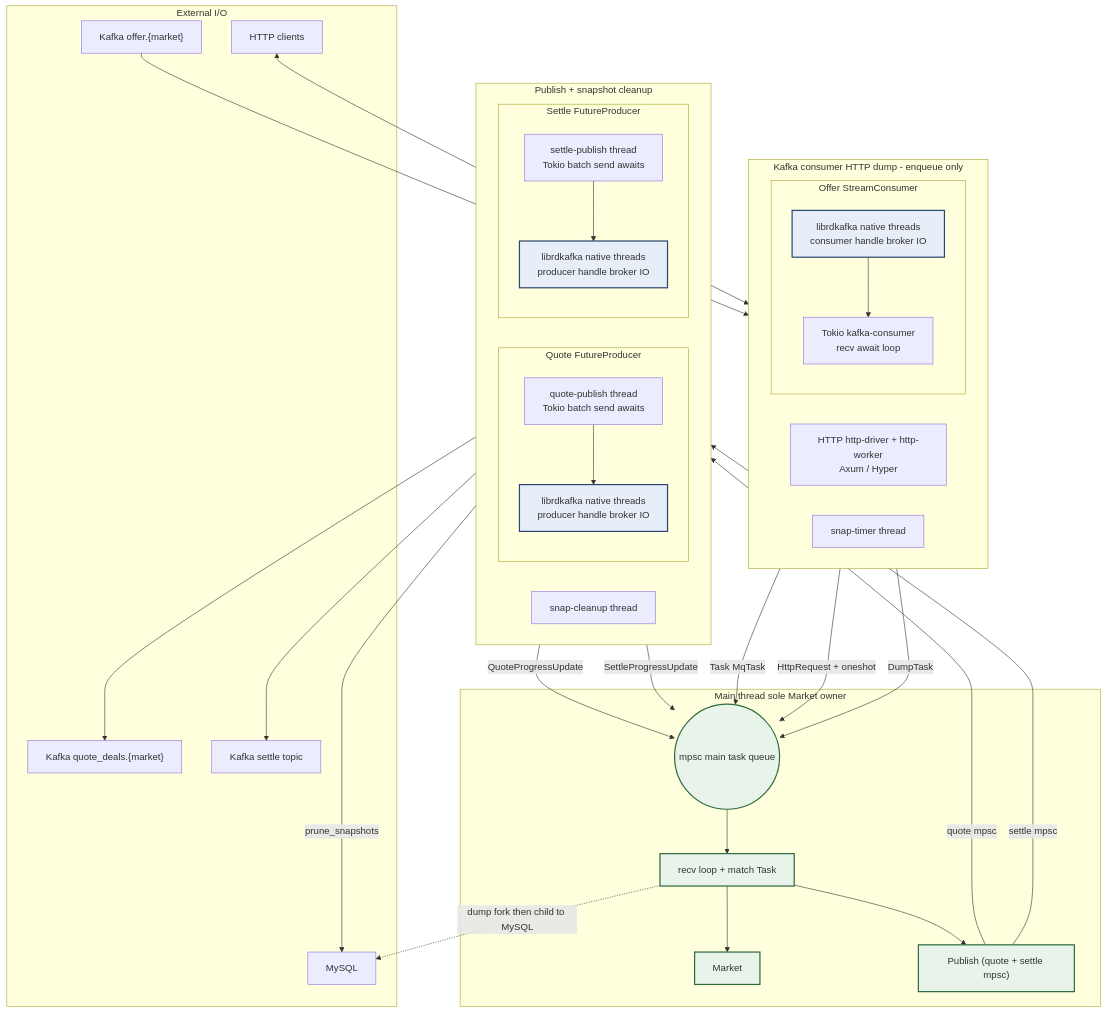
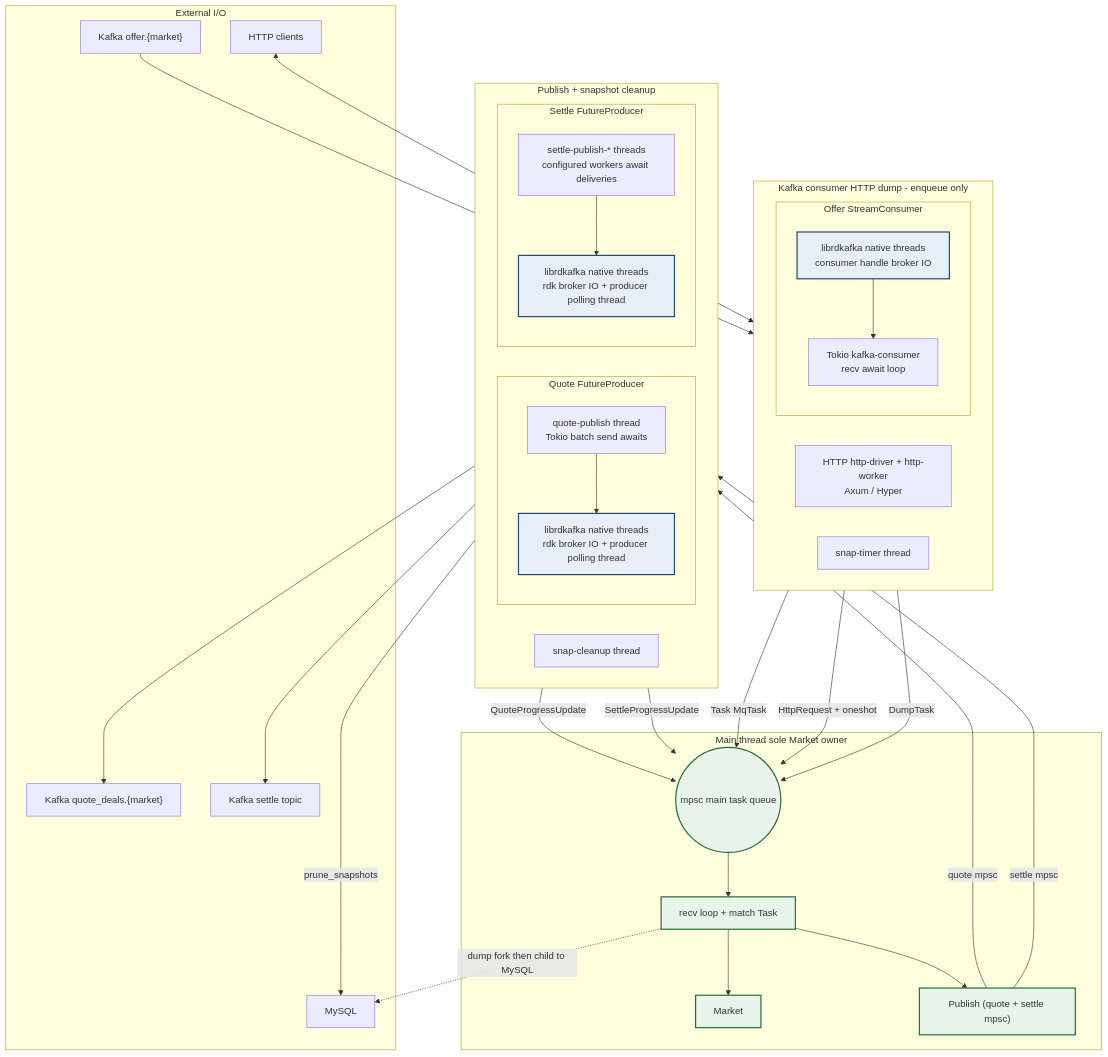
Before and after one commit to rqzrqh/matchengine_rust: the first of 3 diagrams in doc/thread-model.md, drawn with Mermaid. The commit also changed other lines of this file and 9 other files, not shown here.

Commit message:
optimize settle publish

````diff
--- a/doc/thread-model.md
+++ b/doc/thread-model.md
@@ -47,74 +46,74 @@
 ```mermaid
 flowchart TB
   subgraph ext["External I/O"]
     K_IN["Kafka offer.{market}"]
     K_Q["Kafka quote_deals.{market}"]
     K_S["Kafka settle topic"]
     HTTP_C["HTTP clients"]
     MY["MySQL"]
   end
 
   subgraph to_main_q["Kafka consumer HTTP dump - enqueue only"]
     direction LR
     subgraph offer_sc["Offer StreamConsumer"]
       direction TB
       RDK_OFF["librdkafka native threads<br/>consumer handle broker IO"]
       APP_OFF["Tokio kafka-consumer<br/>recv await loop"]
       RDK_OFF --> APP_OFF
     end
     HR["HTTP http-driver + http-worker<br/>Axum / Hyper"]
     DT["snap-timer thread"]
   end
 
   subgraph main_th["Main thread sole Market owner"]
     Q((mpsc main task queue))
     EL["recv loop + match Task"]
     MKT["Market"]
     PUB["Publish (quote + settle mpsc)"]
     EL --> MKT
     EL --> PUB
     Q --> EL
   end
 
   subgraph other_helpers["Publish + snapshot cleanup"]
     direction LR
     subgraph quote_pr["Quote FutureProducer"]
       direction TB
       APP_QP["quote-publish thread<br/>Tokio batch send awaits"]
-      RDK_QP["librdkafka native threads<br/>producer handle broker IO"]
+      RDK_QP["librdkafka native threads<br/>rdk broker IO + producer polling thread"]
       APP_QP --> RDK_QP
     end
     subgraph settle_pr["Settle FutureProducer"]
       direction TB
-      APP_SP["settle-publish thread<br/>Tokio batch send awaits"]
-      RDK_SP["librdkafka native threads<br/>producer handle broker IO"]
+      APP_SP["settle-publish-* threads<br/>configured workers await deliveries"]
+      RDK_SP["librdkafka native threads<br/>rdk broker IO + producer polling thread"]
       APP_SP --> RDK_SP
     end
     CL["snap-cleanup thread"]
   end
 
   K_IN --> RDK_OFF
   APP_OFF -->|Task MqTask| Q
   HTTP_C <--> HR
   HR -->|HttpRequest + oneshot| Q
   DT -->|DumpTask| Q
   CL -->|prune_snapshots| MY
 
   PUB -->|quote mpsc| APP_QP
   PUB -->|settle mpsc| APP_SP
   RDK_QP --> K_Q
   RDK_SP --> K_S
   APP_QP -->|QuoteProgressUpdate| Q
   APP_SP -->|SettleProgressUpdate| Q
 
   EL -.->|dump fork then child to MySQL| MY
 
   classDef marketOwner fill:#e8f4ea,stroke:#2d6a3e,stroke-width:2px
   class EL marketOwner
   class MKT marketOwner
   class PUB marketOwner
   class Q marketOwner
 
   classDef rdkNative fill:#e8eef8,stroke:#2a4570,stroke-width:2px
   class RDK_OFF,RDK_QP,RDK_SP rdkNative
 ```
````
